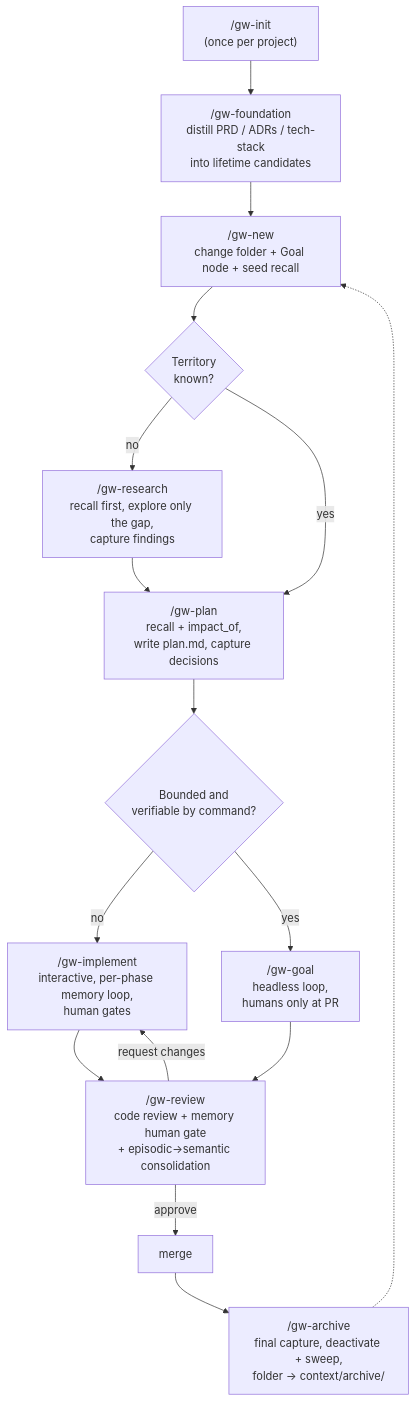
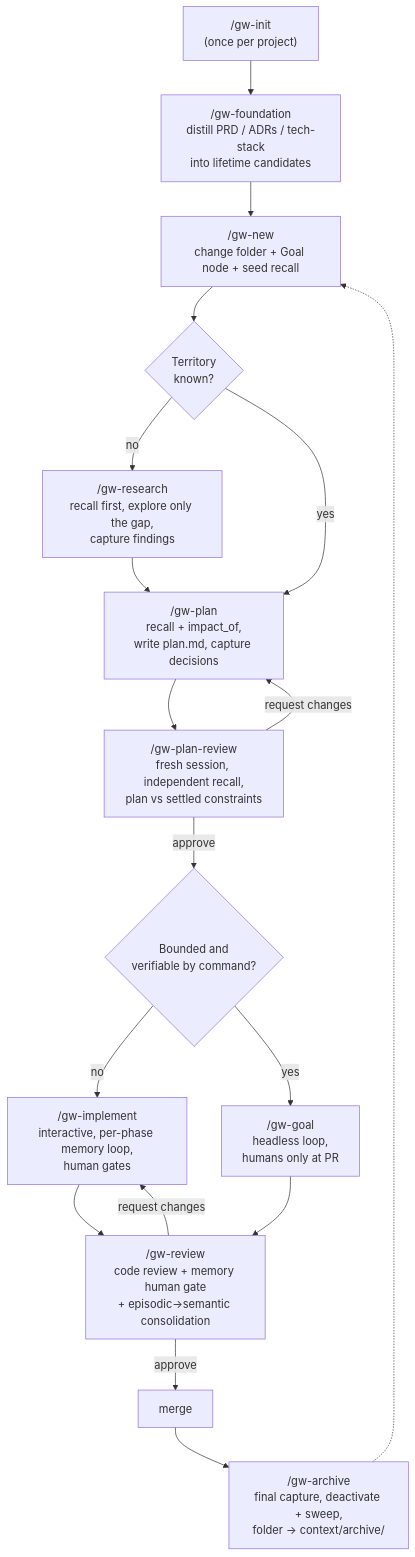
One commit to mt3o-dev/graph-workflow changed the first of 4 diagrams in docs/USAGE.en.md. Above: the diagram before and after it, drawn with Mermaid. The commit also changed other lines of this file and 5 other files, not shown here.

First line of the commit message:
Add gw-plan-review: independent plan gate against settled constraints

````diff
--- a/docs/USAGE.en.md
+++ b/docs/USAGE.en.md
@@ -20,18 +20,20 @@
 ```mermaid
 flowchart TD
     INIT["/gw-init<br/>(once per project)"] --> FOUND["/gw-foundation<br/>distill PRD / ADRs / tech-stack<br/>into lifetime candidates"]
     FOUND --> NEW["/gw-new<br/>change folder + Goal node + seed recall"]
     NEW --> Q{Territory<br/>known?}
     Q -- "no" --> RES["/gw-research<br/>recall first, explore only the gap,<br/>capture findings"]
     Q -- "yes" --> PLAN
     RES --> PLAN["/gw-plan<br/>recall + impact_of,<br/>write plan.md, capture decisions"]
-    PLAN --> MODE{Bounded and<br/>verifiable by command?}
+    PLAN --> PLANREV["/gw-plan-review<br/>fresh session, independent recall,<br/>plan vs settled constraints"]
+    PLANREV -- "request changes" --> PLAN
+    PLANREV -- "approve" --> MODE{Bounded and<br/>verifiable by command?}
     MODE -- "no" --> IMPL["/gw-implement<br/>interactive, per-phase memory loop,<br/>human gates"]
     MODE -- "yes" --> GOAL["/gw-goal<br/>headless loop,<br/>humans only at PR"]
     IMPL --> REV["/gw-review<br/>code review + memory human gate<br/>+ episodic→semantic consolidation"]
     GOAL --> REV
     REV -- "request changes" --> IMPL
     REV -- "approve" --> MERGE["merge"]
     MERGE --> ARCH["/gw-archive<br/>final capture, deactivate + sweep,<br/>folder → context/archive/"]
     ARCH -.-> NEW
 ```
````
